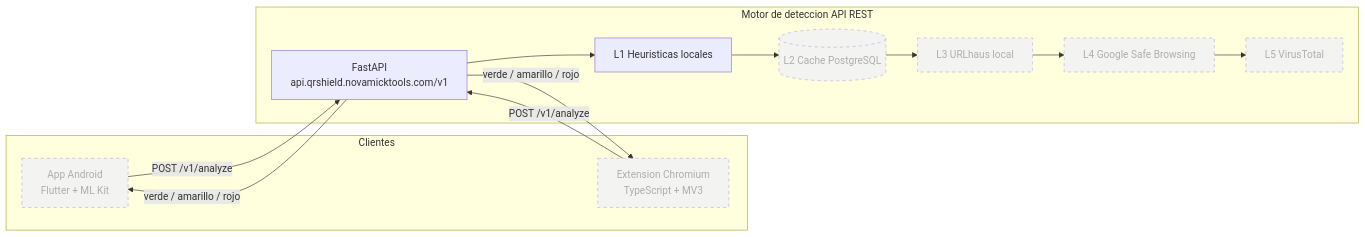
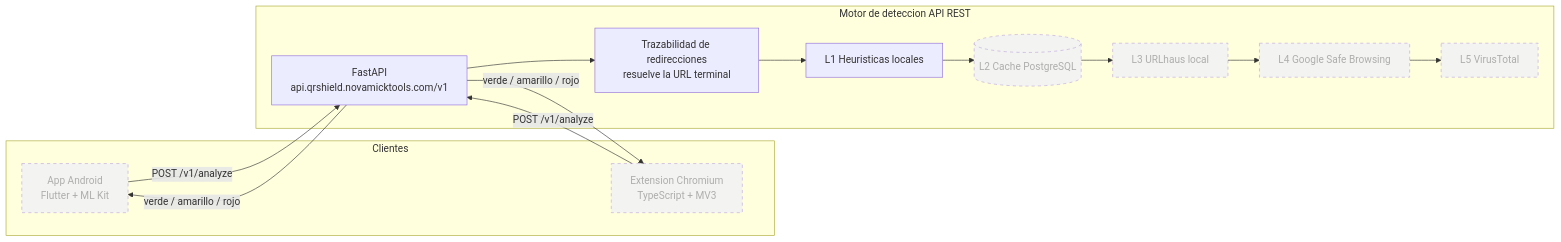
The first of 2 diagrams in README.md (Mickaell22/qr-shield), drawn with Mermaid before and after one commit. The commit also changed other lines of this file and 9 other files, not shown here.

````diff
--- a/README.md
+++ b/README.md
@@ -107,25 +121,26 @@
 ```mermaid
 flowchart LR
     subgraph Clientes
         A[App Android<br/>Flutter + ML Kit]
         E[Extension Chromium<br/>TypeScript + MV3]
     end
 
     subgraph Motor[Motor de deteccion API REST]
         API[FastAPI<br/>api.qrshield.novamicktools.com/v1]
+        TR[Trazabilidad de redirecciones<br/>resuelve la URL terminal]
         L1[L1 Heuristicas locales]
         L2[(L2 Cache PostgreSQL)]
         L3[L3 URLhaus local]
         L4[L4 Google Safe Browsing]
         L5[L5 VirusTotal]
-        API --> L1 --> L2 --> L3 --> L4 --> L5
+        API --> TR --> L1 --> L2 --> L3 --> L4 --> L5
     end
 
     A -->|POST /v1/analyze| API
     E -->|POST /v1/analyze| API
     API -->|verde / amarillo / rojo| A
     API -->|verde / amarillo / rojo| E
 
     classDef pendiente stroke-dasharray: 5 5,opacity:0.6
     class A,E,L2,L3,L4,L5 pendiente
 ```
````
